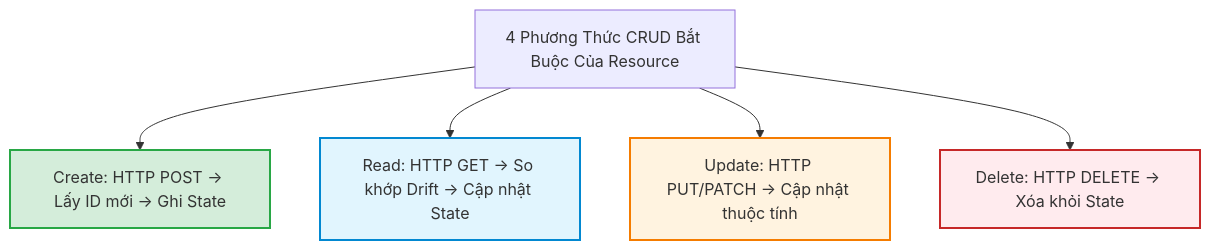
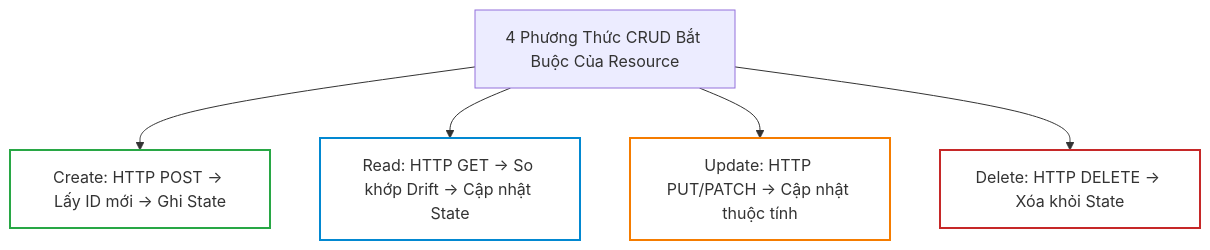
One commit to kiennt308/ntk changed the third of 5 diagrams in _posts/2026-09-13-terraform-28-28-cdktf-va-kien-truc-phat-trien-custom-terraform-provider.md. Above: the diagram before and after it, drawn with Mermaid. The commit also changed other lines of this file and 207 other files, not shown here.

Commit message:
feat(posts): batch standardize all 208 posts with TL;DR, qa-card accordion, fill:none mermaid, and liquid raw wrappers

````diff
--- a/_posts/2026-09-13-terraform-28-28-cdktf-va-kien-truc-phat-trien-custom-terraform-provider.md
+++ b/_posts/2026-09-13-terraform-28-28-cdktf-va-kien-truc-phat-trien-custom-terraform-provider.md
@@ -193,14 +197,14 @@
 ```mermaid
 graph TD
     CRUD["4 Phương Thức CRUD Bắt Buộc Của Resource"] --> C["Create: HTTP POST -&gt; Lấy ID mới -&gt; Ghi State"]
     CRUD --> R["Read: HTTP GET -&gt; So khớp Drift -&gt; Cập nhật State"]
     CRUD --> U["Update: HTTP PUT/PATCH -&gt; Cập nhật thuộc tính"]
     CRUD --> D["Delete: HTTP DELETE -&gt; Xóa khỏi State"]
 
-    style C fill:#d4edda,stroke:#28a745,stroke-width:2px
-    style R fill:#e1f5fe,stroke:#0288d1,stroke-width:2px
-    style U fill:#fff3e0,stroke:#f57c00,stroke-width:2px
-    style D fill:#ffebee,stroke:#c62828,stroke-width:2px
+    style C fill:none,stroke:#28a745,stroke-width:2px
+    style R fill:none,stroke:#0288d1,stroke-width:2px
+    style U fill:none,stroke:#f57c00,stroke-width:2px
+    style D fill:none,stroke:#c62828,stroke-width:2px
 
 
 ```
````
